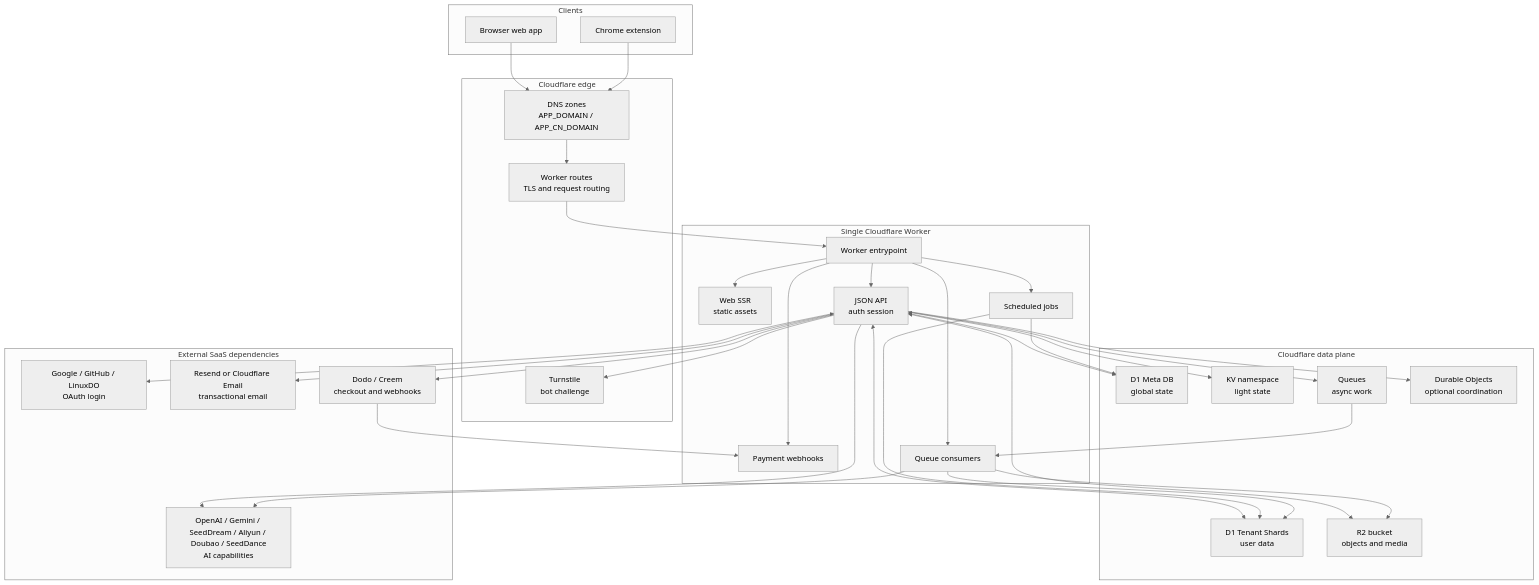
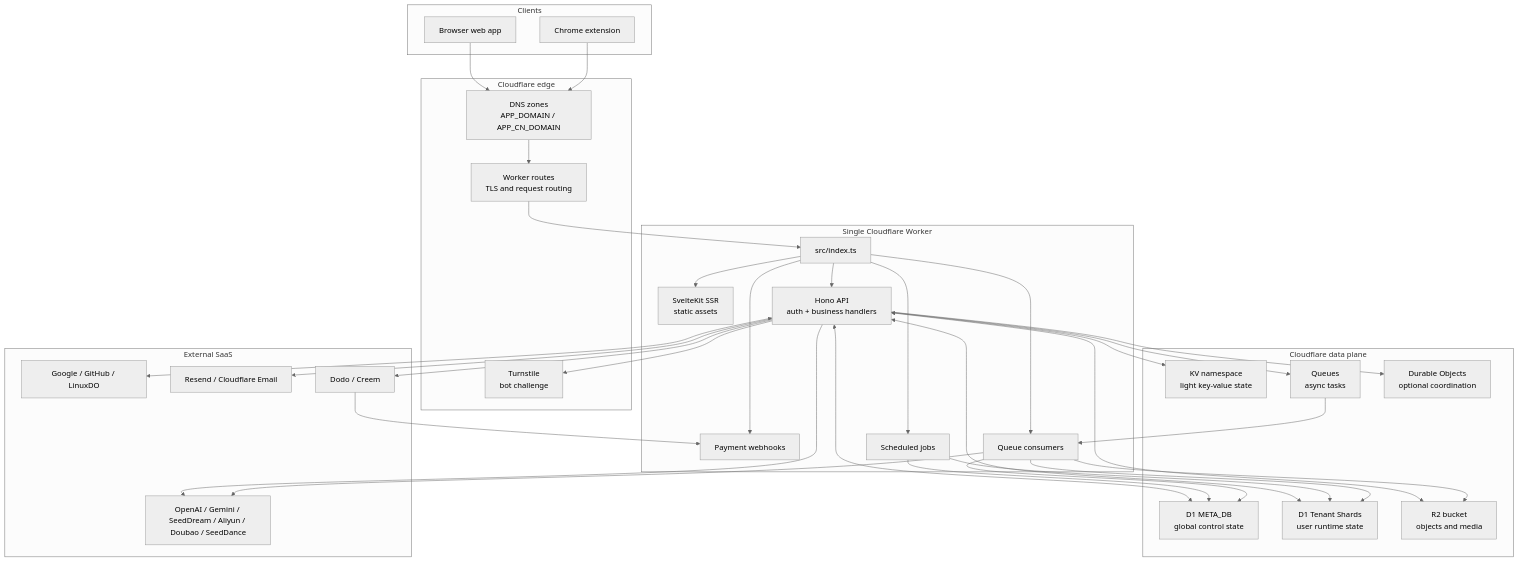
The diagram in public-docs/en/guides/deployment.md (glidea/opcstack), drawn with Mermaid (neutral theme) before and after one commit. The commit also changed other lines of this file and 48 other files, not shown here.

````diff
--- a/public-docs/en/guides/deployment.md
+++ b/public-docs/en/guides/deployment.md
@@ -14,70 +16,71 @@
 ```mermaid
 flowchart TB
   subgraph Clients["Clients"]
     Browser["Browser web app"]
     Extension["Chrome extension"]
   end
 
   subgraph Edge["Cloudflare edge"]
     DNS["DNS zones<br/>APP_DOMAIN / APP_CN_DOMAIN"]
     Routes["Worker routes<br/>TLS and request routing"]
     Turnstile["Turnstile<br/>bot challenge"]
   end
 
   subgraph Worker["Single Cloudflare Worker"]
-    Entry["Worker entrypoint"]
-    Web["Web SSR<br/>static assets"]
-    API["JSON API<br/>auth session"]
+    Entry["src/index.ts"]
+    Web["SvelteKit SSR<br/>static assets"]
+    API["Hono API<br/>auth + business handlers"]
     Webhooks["Payment webhooks"]
     Cron["Scheduled jobs"]
     Consumers["Queue consumers"]
   end
 
   subgraph Data["Cloudflare data plane"]
-    Meta["D1 Meta DB<br/>global state"]
-    Shards["D1 Tenant Shards<br/>user data"]
+    Meta["D1 META_DB<br/>global control state"]
+    Shards["D1 Tenant Shards<br/>user runtime state"]
     R2["R2 bucket<br/>objects and media"]
-    KV["KV namespace<br/>light state"]
-    Queues["Queues<br/>async work"]
+    KV["KV namespace<br/>light key-value state"]
+    Queues["Queues<br/>async tasks"]
     DO["Durable Objects<br/>optional coordination"]
   end
 
-  subgraph SaaS["External SaaS dependencies"]
-    OAuth["Google / GitHub / LinuxDO<br/>OAuth login"]
-    Email["Resend or Cloudflare Email<br/>transactional email"]
-    Payment["Dodo / Creem<br/>checkout and webhooks"]
-    AI["OpenAI / Gemini / SeedDream / Aliyun / Doubao / SeedDance<br/>AI capabilities"]
+  subgraph SaaS["External SaaS"]
+    OAuth["Google / GitHub / LinuxDO"]
+    Email["Resend / Cloudflare Email"]
+    Payment["Dodo / Creem"]
+    AI["OpenAI / Gemini / SeedDream / Aliyun / Doubao / SeedDance"]
   end
 
   Browser --> DNS
   Extension --> DNS
   DNS --> Routes
   Routes --> Entry
 
   Entry --> Web
   Entry --> API
   Entry --> Webhooks
   Entry --> Cron
   Entry --> Consumers
 
   API --> Turnstile
   API <--> Meta
   API <--> Shards
   API <--> R2
   API <--> KV
   API --> Queues
   API --> DO
 
   Cron --> Meta
   Cron --> Shards
+  Consumers --> Meta
   Consumers --> Shards
   Consumers --> R2
   Queues --> Consumers
 
   API <--> OAuth
   API --> Email
   API --> Payment
   Payment --> Webhooks
   API --> AI
   Consumers --> AI
 ```
````
